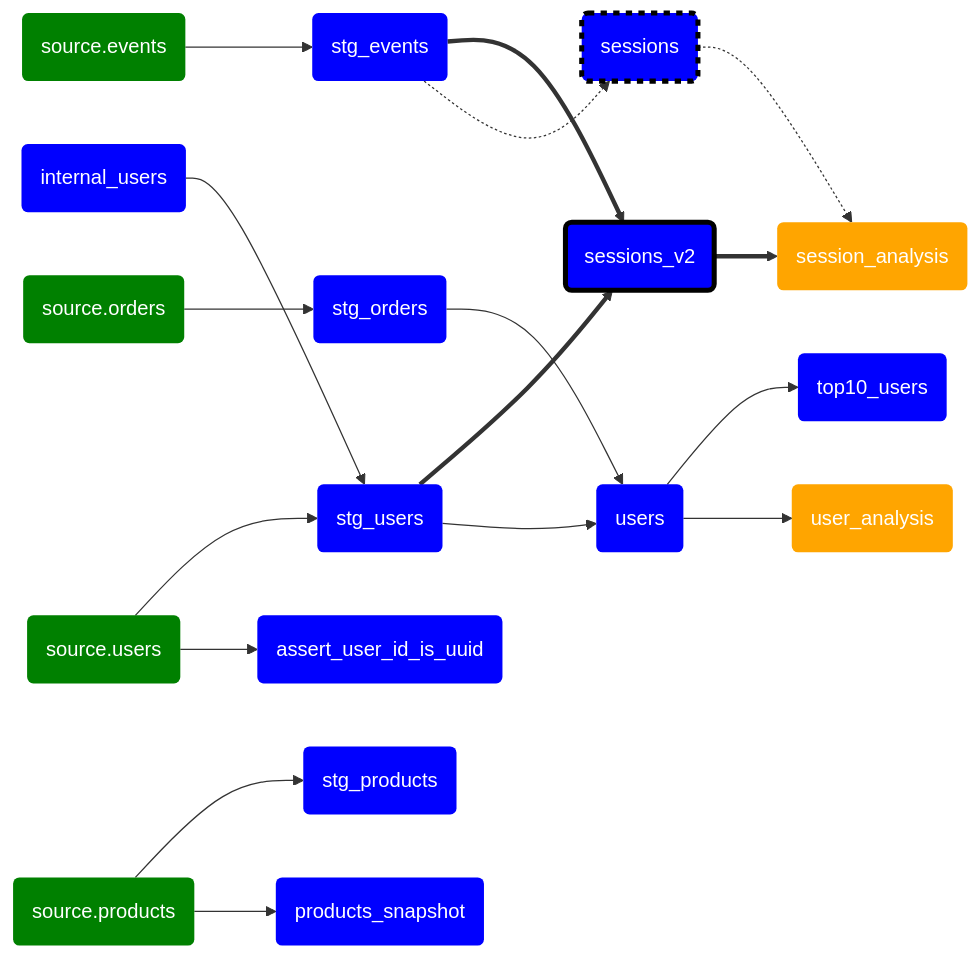
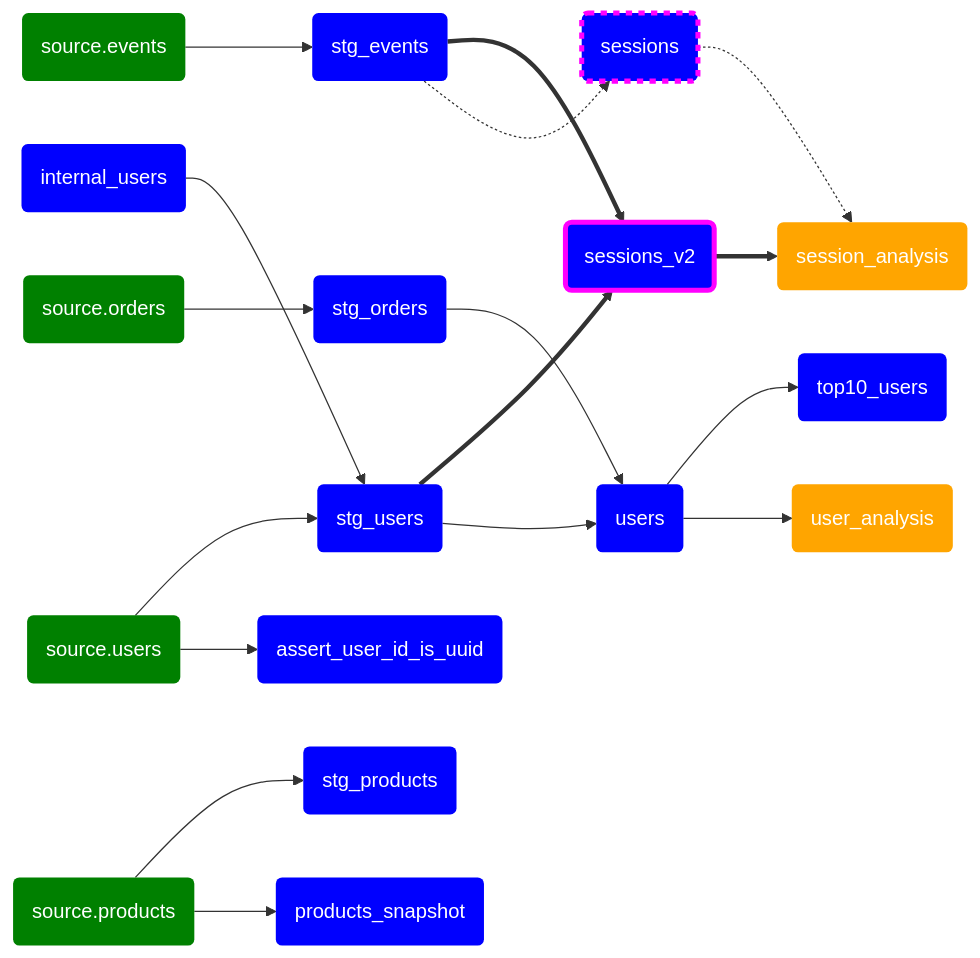
Before and after one commit to kitta65/dbt-mermaid: the diagram in README.md, drawn with Mermaid.

Commit message:
update readme (stroke color)

````diff
--- a/README.md
+++ b/README.md
@@ -5,45 +5,45 @@
 ```mermaid
 flowchart LR
-  classDef greenNormal color:white,stroke:black,fill:green,stroke-width:0px;
-  classDef greenBold color:white,stroke:black,fill:green,stroke-width:4px;
-  classDef greenDash color:white,stroke:black,fill:green,stroke-width:4px,stroke-dasharray: 5 5;
-  classDef blueNormal color:white,stroke:black,fill:blue,stroke-width:0px;
-  classDef blueBold color:white,stroke:black,fill:blue,stroke-width:4px;
-  classDef blueDash color:white,stroke:black,fill:blue,stroke-width:4px,stroke-dasharray: 5 5;
-  classDef orangeNormal color:white,stroke:black,fill:orange,stroke-width:0px;
-  classDef orangeBold color:white,stroke:black,fill:orange,stroke-width:4px;
-  classDef orangeDash color:white,stroke:black,fill:orange,stroke-width:4px,stroke-dasharray: 5 5;
+  classDef greenNormal color:white,stroke:fuchsia,fill:green,stroke-width:0px;
+  classDef greenBold color:white,stroke:fuchsia,fill:green,stroke-width:4px;
+  classDef greenDash color:white,stroke:fuchsia,fill:green,stroke-width:4px,stroke-dasharray: 5 5;
+  classDef blueNormal color:white,stroke:fuchsia,fill:blue,stroke-width:0px;
+  classDef blueBold color:white,stroke:fuchsia,fill:blue,stroke-width:4px;
+  classDef blueDash color:white,stroke:fuchsia,fill:blue,stroke-width:4px,stroke-dasharray: 5 5;
+  classDef orangeNormal color:white,stroke:fuchsia,fill:orange,stroke-width:0px;
+  classDef orangeBold color:white,stroke:fuchsia,fill:orange,stroke-width:4px;
+  classDef orangeDash color:white,stroke:fuchsia,fill:orange,stroke-width:4px,stroke-dasharray: 5 5;
   source.dbt_mermaid.source.events("source.events"):::greenNormal;
   source.dbt_mermaid.source.users("source.users"):::greenNormal;
   source.dbt_mermaid.source.orders("source.orders"):::greenNormal;
   source.dbt_mermaid.source.products("source.products"):::greenNormal;
   model.dbt_mermaid.users("users"):::blueNormal;
   model.dbt_mermaid.sessions_v2("sessions_v2"):::blueBold;
   model.dbt_mermaid.stg_events("stg_events"):::blueNormal;
   model.dbt_mermaid.stg_orders("stg_orders"):::blueNormal;
   model.dbt_mermaid.stg_users("stg_users"):::blueNormal;
   model.dbt_mermaid.stg_products("stg_products"):::blueNormal;
   snapshot.dbt_mermaid.products_snapshot("products_snapshot"):::blueNormal;
   analysis.dbt_mermaid.top10_users("top10_users"):::blueNormal;
   test.dbt_mermaid.assert_user_id_is_uuid("assert_user_id_is_uuid"):::blueNormal;
   seed.dbt_mermaid.internal_users("internal_users"):::blueNormal;
   exposure.dbt_mermaid.user_analysis("user_analysis"):::orangeNormal;
   exposure.dbt_mermaid.session_analysis("session_analysis"):::orangeNormal;
   model.dbt_mermaid.sessions("sessions"):::blueDash;
   model.dbt_mermaid.users --> analysis.dbt_mermaid.top10_users;
   model.dbt_mermaid.users --> exposure.dbt_mermaid.user_analysis;
   model.dbt_mermaid.sessions_v2 ==> exposure.dbt_mermaid.session_analysis;
   model.dbt_mermaid.stg_events ==> model.dbt_mermaid.sessions_v2;
   model.dbt_mermaid.stg_orders --> model.dbt_mermaid.users;
   model.dbt_mermaid.stg_users ==> model.dbt_mermaid.sessions_v2;
   model.dbt_mermaid.stg_users --> model.dbt_mermaid.users;
   seed.dbt_mermaid.internal_users --> model.dbt_mermaid.stg_users;
   source.dbt_mermaid.source.events --> model.dbt_mermaid.stg_events;
   source.dbt_mermaid.source.users --> model.dbt_mermaid.stg_users;
   source.dbt_mermaid.source.users --> test.dbt_mermaid.assert_user_id_is_uuid;
   source.dbt_mermaid.source.orders --> model.dbt_mermaid.stg_orders;
   source.dbt_mermaid.source.products --> model.dbt_mermaid.stg_products;
   source.dbt_mermaid.source.products --> snapshot.dbt_mermaid.products_snapshot;
   model.dbt_mermaid.sessions -.-> exposure.dbt_mermaid.session_analysis;
   model.dbt_mermaid.stg_events -.-> model.dbt_mermaid.sessions;
 ```
````
